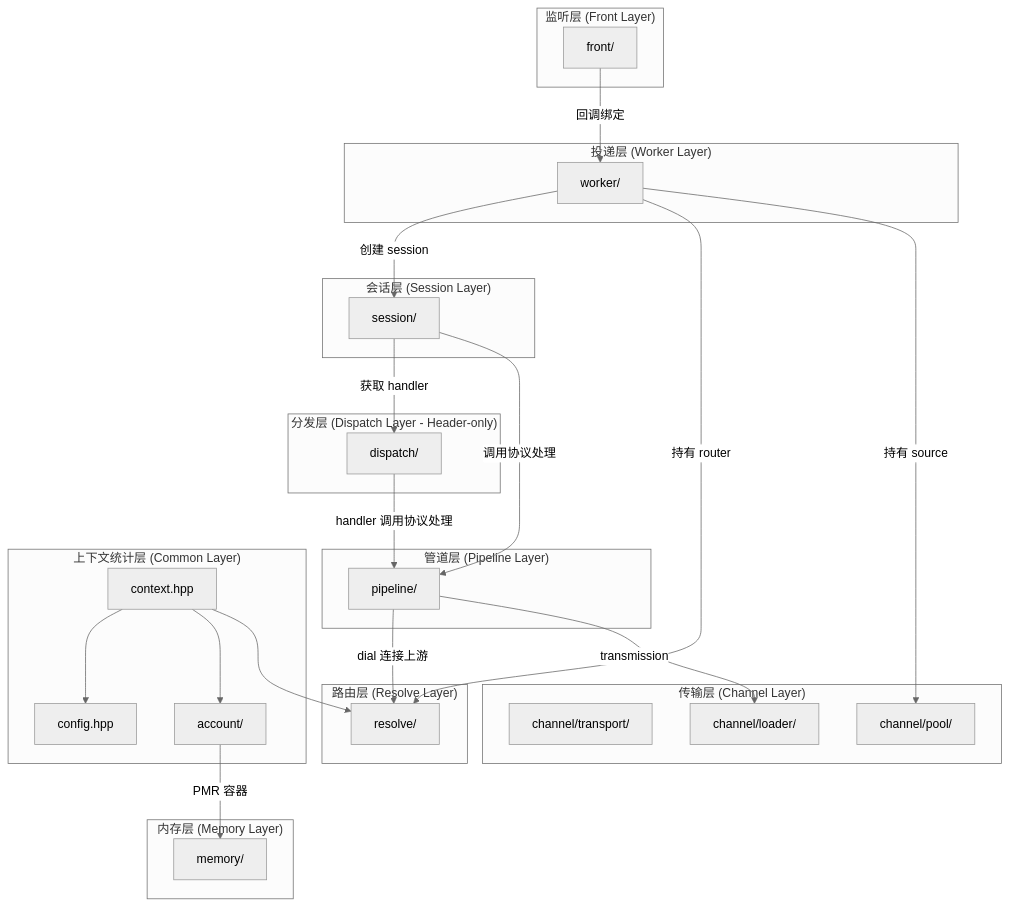
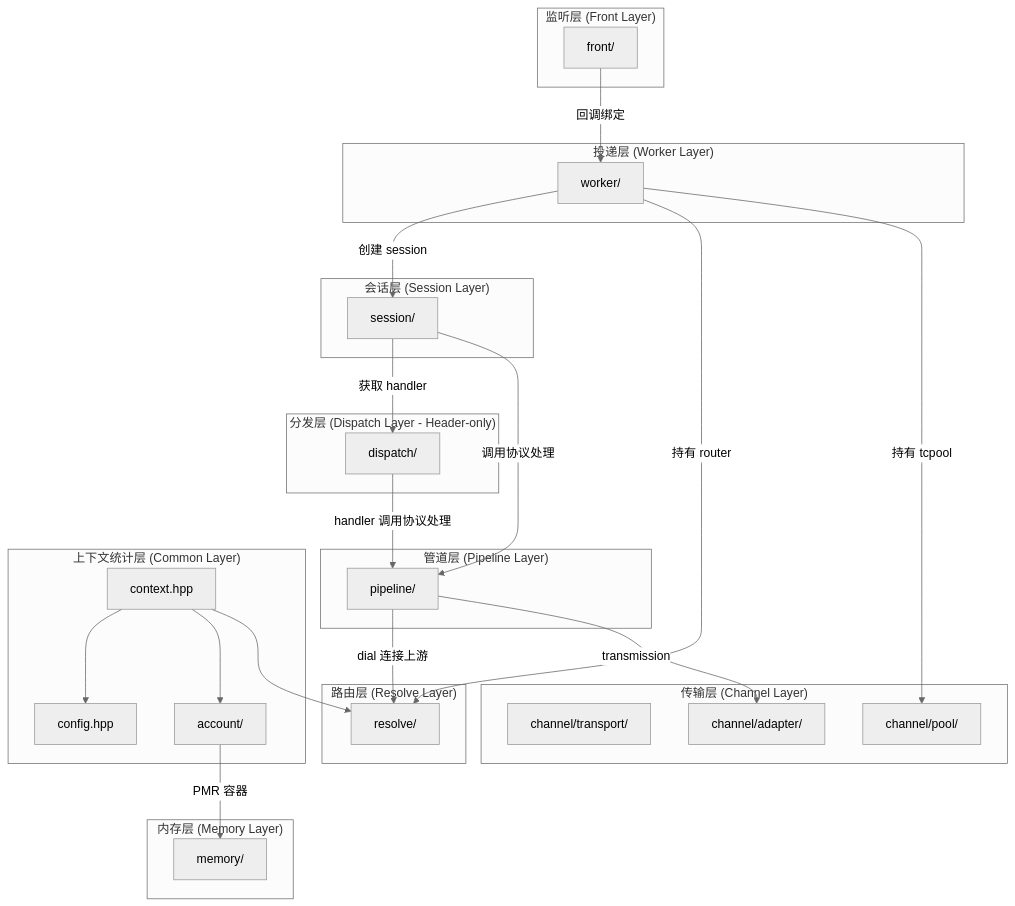
One commit to Hatedatastructures/Prism changed the first of 3 diagrams in docs/reference/dependencies.md. Above: the diagram before and after it, drawn with Mermaid (neutral theme). The commit also changed other lines of this file and 44 other files, not shown here.

````diff
--- a/docs/reference/dependencies.md
+++ b/docs/reference/dependencies.md
@@ -22,56 +22,56 @@
 ```mermaid
 graph TB
     subgraph "监听层 (Front Layer)"
         front[front/]
     end
 
     subgraph "投递层 (Worker Layer)"
         worker[worker/]
     end
 
     subgraph "会话层 (Session Layer)"
         session[session/]
     end
 
     subgraph "分发层 (Dispatch Layer - Header-only)"
         dispatch[dispatch/]
     end
 
     subgraph "管道层 (Pipeline Layer)"
         pipeline[pipeline/]
     end
 
     subgraph "路由层 (Resolve Layer)"
         resolve[resolve/]
     end
 
     subgraph "传输层 (Channel Layer)"
         transport[channel/transport/]
         pool[channel/pool/]
-        loader[channel/loader/]
+        adapter[channel/adapter/]
     end
 
     subgraph "上下文统计层 (Common Layer)"
         account[account/]
         context[context.hpp]
         config[config.hpp]
     end
 
     subgraph "内存层 (Memory Layer)"
         memory[memory/]
     end
 
     front -->|回调绑定| worker
     worker -->|创建 session| session
     worker -->|持有 router| resolve
-    worker -->|持有 source| pool
+    worker -->|持有 tcpool| pool
     session -->|获取 handler| dispatch
     session -->|调用协议处理| pipeline
     dispatch -->|handler 调用协议处理| pipeline
     pipeline -->|dial 连接上游| resolve
-    pipeline -->|transmission| loader
+    pipeline -->|transmission| adapter
     account -->|PMR 容器| memory
     context --> config
     context --> account
     context --> resolve
 ```
````
